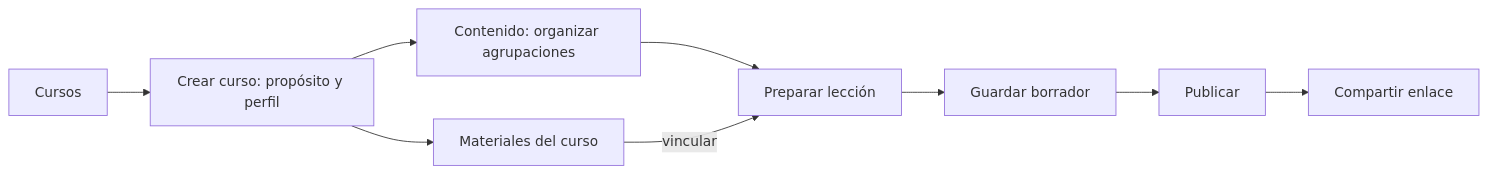
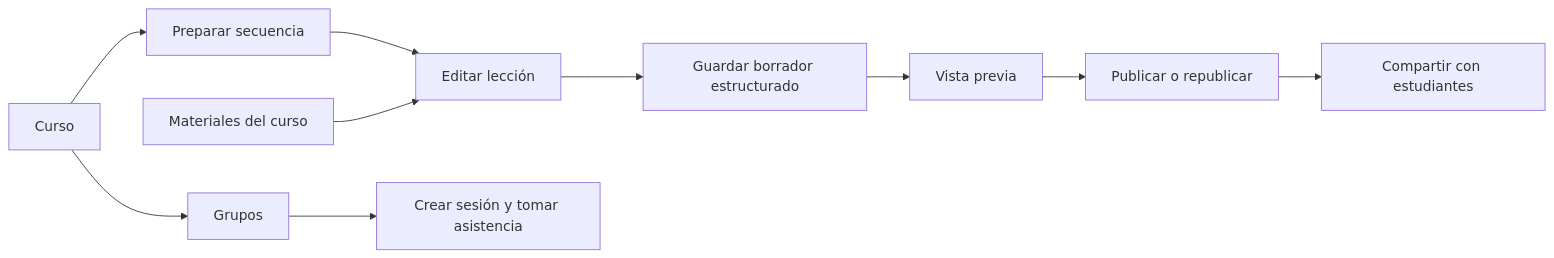
One commit to happy-learners-gt/happy-learners-platform changed the diagram in docs/redesign/cursos-implementacion.md. Above: the diagram before and after it, drawn with Mermaid. The commit also changed other lines of this file and 47 other files, not shown here.

````diff
--- a/docs/redesign/cursos-implementacion.md
+++ b/docs/redesign/cursos-implementacion.md
@@ -18,11 +9,12 @@
 ```mermaid
 flowchart LR
-  A[Cursos] --> B[Crear curso: propósito y perfil]
-  B --> C[Contenido: organizar agrupaciones]
-  C --> D[Preparar lección]
-  B --> E[Materiales del curso]
-  E -->|vincular| D
-  D --> F[Guardar borrador]
-  F --> G[Publicar]
-  G --> H[Compartir enlace]
+  C[Curso] --> P[Preparar secuencia]
+  P --> L[Editar lección]
+  M[Materiales del curso] --> L
+  L --> D[Guardar borrador estructurado]
+  D --> V[Vista previa]
+  V --> U[Publicar o republicar]
+  U --> S[Compartir con estudiantes]
+  C --> G[Grupos]
+  G --> A[Crear sesión y tomar asistencia]
 ```
````
